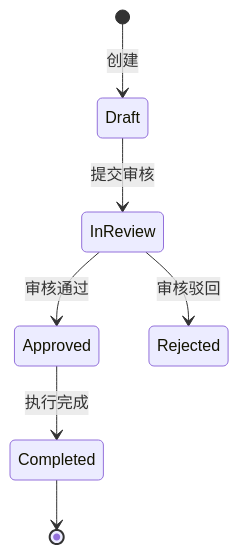
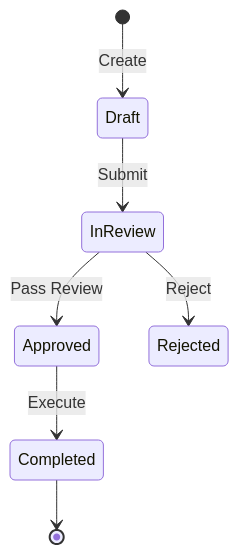
The diagram in template/docs/domains/domain-template.md (Armkas/AI-Friendly-Repo), drawn with Mermaid before and after one commit. The commit also changed other lines of this file and 40 other files, not shown here.

````diff
--- a/template/docs/domains/domain-template.md
+++ b/template/docs/domains/domain-template.md
@@ -15,9 +15,9 @@
 ```mermaid
 stateDiagram-v2
-    [*] --> Draft: 创建
-    Draft --> InReview: 提交审核
-    InReview --> Approved: 审核通过
-    InReview --> Rejected: 审核驳回
-    Approved --> Completed: 执行完成
+    [*] --> Draft: Create
+    Draft --> InReview: Submit
+    InReview --> Approved: Pass Review
+    InReview --> Rejected: Reject
+    Approved --> Completed: Execute
     Completed --> [*]
 ```
````
